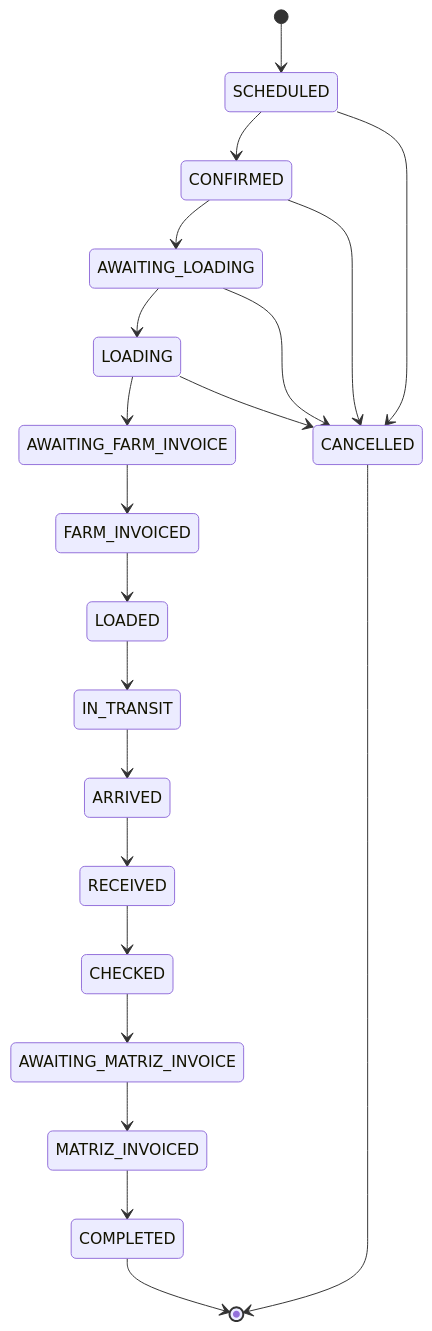
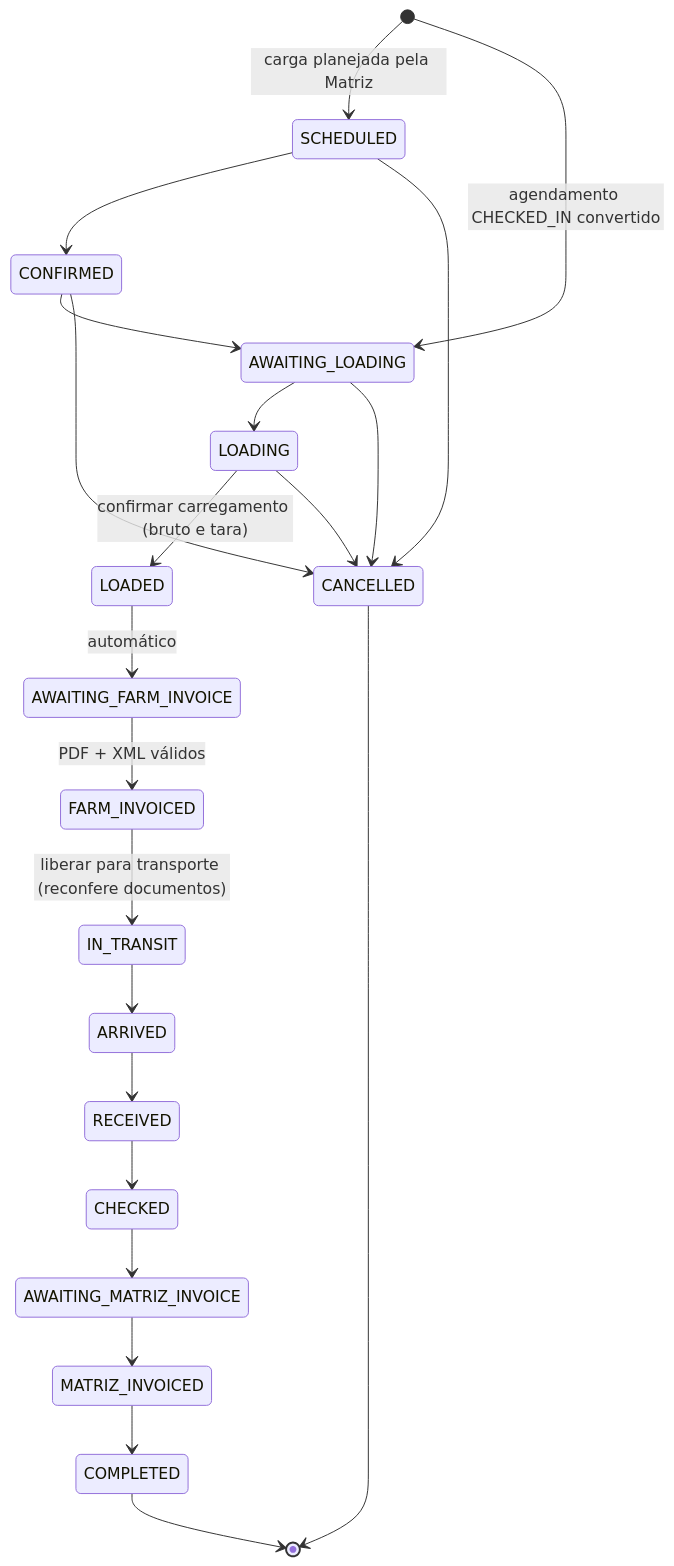
Before and after one commit to antoniocavali/Ordens_2.0: the second of 3 diagrams in docs/state-machines.md, drawn with Mermaid. The commit also changed other lines of this file and 36 other files, not shown here.

````diff
--- a/docs/state-machines.md
+++ b/docs/state-machines.md
@@ -45,23 +53,24 @@
 ```mermaid
 stateDiagram-v2
-  [*] --> SCHEDULED
+  [*] --> SCHEDULED: carga planejada pela Matriz
+  [*] --> AWAITING_LOADING: agendamento CHECKED_IN convertido
   SCHEDULED --> CONFIRMED
   CONFIRMED --> AWAITING_LOADING
   AWAITING_LOADING --> LOADING
-  LOADING --> AWAITING_FARM_INVOICE
-  AWAITING_FARM_INVOICE --> FARM_INVOICED
-  FARM_INVOICED --> LOADED
-  LOADED --> IN_TRANSIT
+  LOADING --> LOADED: confirmar carregamento (bruto e tara)
+  LOADED --> AWAITING_FARM_INVOICE: automático
+  AWAITING_FARM_INVOICE --> FARM_INVOICED: PDF + XML válidos
+  FARM_INVOICED --> IN_TRANSIT: liberar para transporte (reconfere documentos)
   IN_TRANSIT --> ARRIVED
   ARRIVED --> RECEIVED
   RECEIVED --> CHECKED
   CHECKED --> AWAITING_MATRIZ_INVOICE
   AWAITING_MATRIZ_INVOICE --> MATRIZ_INVOICED
   MATRIZ_INVOICED --> COMPLETED
   SCHEDULED --> CANCELLED
   CONFIRMED --> CANCELLED
   AWAITING_LOADING --> CANCELLED
   LOADING --> CANCELLED
   COMPLETED --> [*]
   CANCELLED --> [*]
 ```
````
